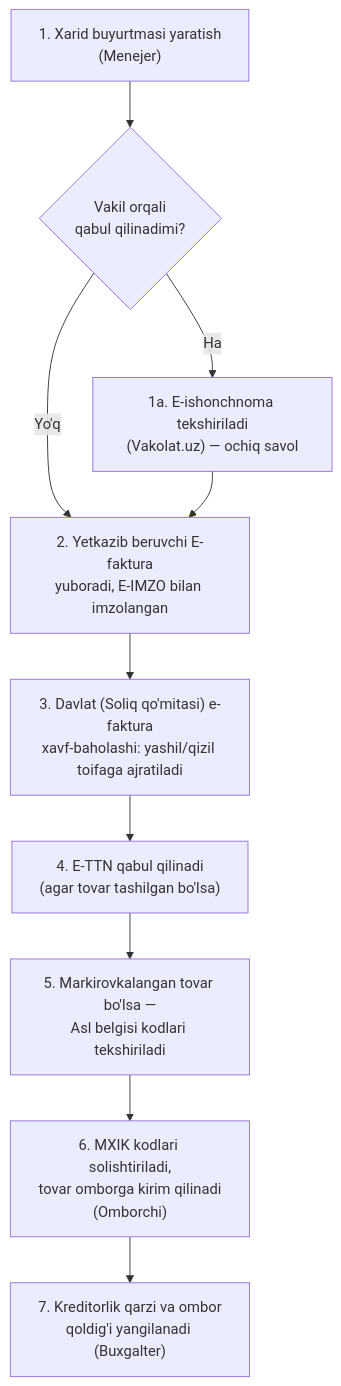
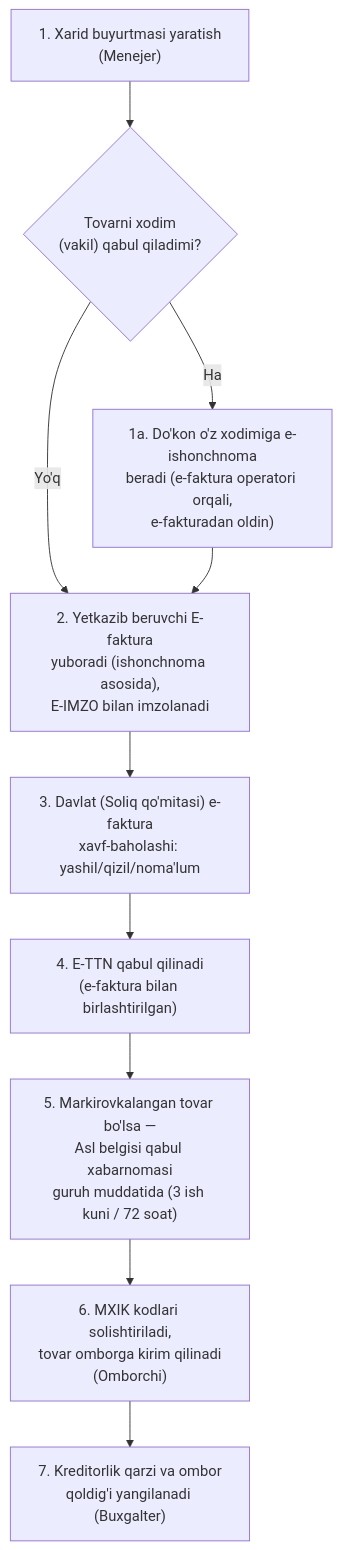
One commit to hasanoff507/erp changed the first of 15 diagrams in spec/kod-uchun/04-biznes-jarayonlar.md. Above: the diagram before and after it, drawn with Mermaid. The commit also changed other lines of this file and 47 other files, not shown here.

````diff
--- a/spec/kod-uchun/04-biznes-jarayonlar.md
+++ b/spec/kod-uchun/04-biznes-jarayonlar.md
@@ -32,12 +35,12 @@
 ```mermaid
 flowchart TD
-    A["1. Xarid buyurtmasi yaratish\n(Menejer)"] --> A2{"Vakil orqali\nqabul qilinadimi?"}
-    A2 -- "Ha" --> A3["1a. E-ishonchnoma tekshiriladi\n(Vakolat.uz) — ochiq savol"]
+    A["1. Xarid buyurtmasi yaratish\n(Menejer)"] --> A2{"Tovarni xodim\n(vakil) qabul qiladimi?"}
+    A2 -- "Ha" --> A3["1a. Do'kon o'z xodimiga e-ishonchnoma\nberadi (e-faktura operatori orqali,\ne-fakturadan oldin)"]
     A2 -- "Yo'q" --> B
-    A3 --> B["2. Yetkazib beruvchi E-faktura\nyuboradi, E-IMZO bilan imzolangan"]
-    B --> C["3. Davlat (Soliq qo'mitasi) e-faktura\nxavf-baholashi: yashil/qizil toifaga ajratiladi"]
-    C --> D["4. E-TTN qabul qilinadi\n(agar tovar tashilgan bo'lsa)"]
-    D --> E["5. Markirovkalangan tovar bo'lsa —\nAsl belgisi kodlari tekshiriladi"]
+    A3 --> B["2. Yetkazib beruvchi E-faktura\nyuboradi (ishonchnoma asosida),\nE-IMZO bilan imzolanadi"]
+    B --> C["3. Davlat (Soliq qo'mitasi) e-faktura\nxavf-baholashi: yashil/qizil/noma'lum"]
+    C --> D["4. E-TTN qabul qilinadi\n(e-faktura bilan birlashtirilgan)"]
+    D --> E["5. Markirovkalangan tovar bo'lsa —\nAsl belgisi qabul xabarnomasi\nguruh muddatida (3 ish kuni / 72 soat)"]
     E --> F["6. MXIK kodlari solishtiriladi,\ntovar omborga kirim qilinadi\n(Omborchi)"]
     F --> G["7. Kreditorlik qarzi va ombor\nqoldig'i yangilanadi (Buxgalter)"]
 ```
````
